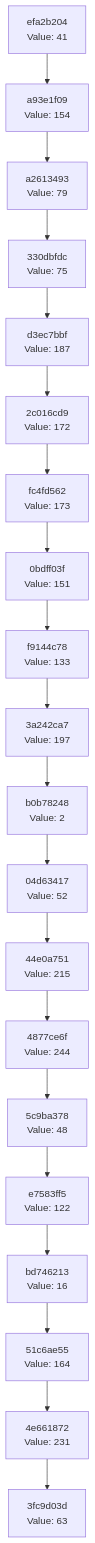
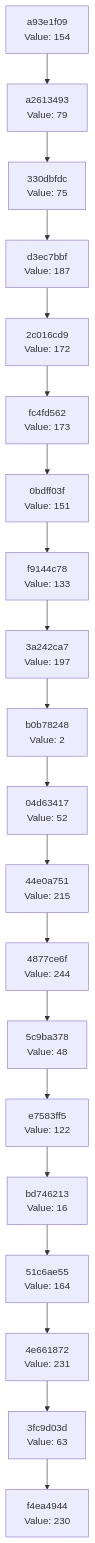
The diagram in docs/CHAIN_VISUALIZATION.md (Abhisheksinha1506/hash-chain-evolver), drawn with Mermaid before and after one commit. The commit also changed 3 other files, not shown here.

````diff
--- a/docs/CHAIN_VISUALIZATION.md
+++ b/docs/CHAIN_VISUALIZATION.md
@@ -3,42 +3,42 @@
 ```mermaid
 graph TD
-    C0["3fc9d03d<br/>Value: 63"]
-    C1["4e661872<br/>Value: 231"]
+    C0["f4ea4944<br/>Value: 230"]
+    C1["3fc9d03d<br/>Value: 63"]
     C1 --> C0
-    C2["51c6ae55<br/>Value: 164"]
+    C2["4e661872<br/>Value: 231"]
     C2 --> C1
-    C3["bd746213<br/>Value: 16"]
+    C3["51c6ae55<br/>Value: 164"]
     C3 --> C2
-    C4["e7583ff5<br/>Value: 122"]
+    C4["bd746213<br/>Value: 16"]
     C4 --> C3
-    C5["5c9ba378<br/>Value: 48"]
+    C5["e7583ff5<br/>Value: 122"]
     C5 --> C4
-    C6["4877ce6f<br/>Value: 244"]
+    C6["5c9ba378<br/>Value: 48"]
     C6 --> C5
-    C7["44e0a751<br/>Value: 215"]
+    C7["4877ce6f<br/>Value: 244"]
     C7 --> C6
-    C8["04d63417<br/>Value: 52"]
+    C8["44e0a751<br/>Value: 215"]
     C8 --> C7
-    C9["b0b78248<br/>Value: 2"]
+    C9["04d63417<br/>Value: 52"]
     C9 --> C8
-    C10["3a242ca7<br/>Value: 197"]
+    C10["b0b78248<br/>Value: 2"]
     C10 --> C9
-    C11["f9144c78<br/>Value: 133"]
+    C11["3a242ca7<br/>Value: 197"]
     C11 --> C10
-    C12["0bdff03f<br/>Value: 151"]
+    C12["f9144c78<br/>Value: 133"]
     C12 --> C11
-    C13["fc4fd562<br/>Value: 173"]
+    C13["0bdff03f<br/>Value: 151"]
     C13 --> C12
-    C14["2c016cd9<br/>Value: 172"]
+    C14["fc4fd562<br/>Value: 173"]
     C14 --> C13
-    C15["d3ec7bbf<br/>Value: 187"]
+    C15["2c016cd9<br/>Value: 172"]
     C15 --> C14
-    C16["330dbfdc<br/>Value: 75"]
+    C16["d3ec7bbf<br/>Value: 187"]
     C16 --> C15
-    C17["a2613493<br/>Value: 79"]
+    C17["330dbfdc<br/>Value: 75"]
     C17 --> C16
-    C18["a93e1f09<br/>Value: 154"]
+    C18["a2613493<br/>Value: 79"]
     C18 --> C17
-    C19["efa2b204<br/>Value: 41"]
+    C19["a93e1f09<br/>Value: 154"]
     C19 --> C18
 ```
````
